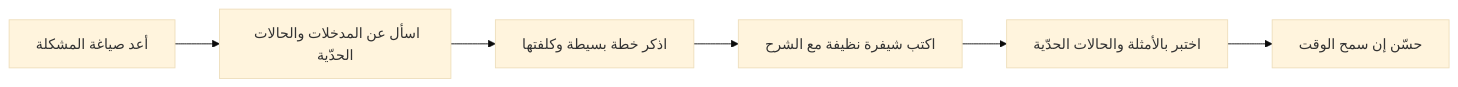
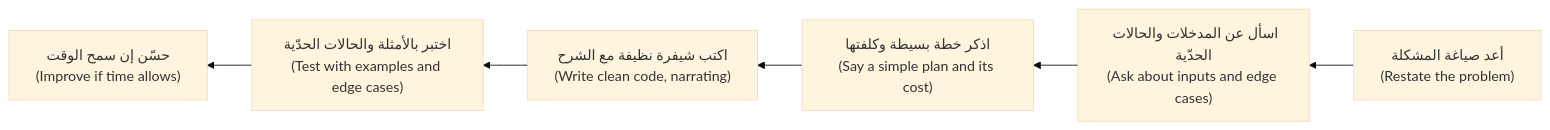
Before and after one commit to Tamoura/system-design-for-vibe-coders: the second of 3 diagrams in career/modules/05-interviews.ar.md, drawn with Mermaid (base theme). The commit also changed other lines of this file and 20 other files, not shown here.

First line of the commit message:
New courses: Arabic diagrams read right-to-left with English labels (modules 0–6)

````diff
--- a/career/modules/05-interviews.ar.md
+++ b/career/modules/05-interviews.ar.md
@@ -288,8 +288,8 @@
 ```mermaid
-flowchart LR
-    A["أعد صياغة المشكلة"] --> B["اسأل عن المدخلات والحالات الحدّية"]
-    B --> C["اذكر خطة بسيطة وكلفتها"]
-    C --> D["اكتب شيفرة نظيفة مع الشرح"]
-    D --> E["اختبر بالأمثلة والحالات الحدّية"]
-    E --> F["حسّن إن سمح الوقت"]
+flowchart RL
+    A["أعد صياغة المشكلة<br/>(Restate the problem)"] --> B["اسأل عن المدخلات والحالات الحدّية<br/>(Ask about inputs and edge cases)"]
+    B --> C["اذكر خطة بسيطة وكلفتها<br/>(Say a simple plan and its cost)"]
+    C --> D["اكتب شيفرة نظيفة مع الشرح<br/>(Write clean code, narrating)"]
+    D --> E["اختبر بالأمثلة والحالات الحدّية<br/>(Test with examples and edge cases)"]
+    E --> F["حسّن إن سمح الوقت<br/>(Improve if time allows)"]
 ```
````
